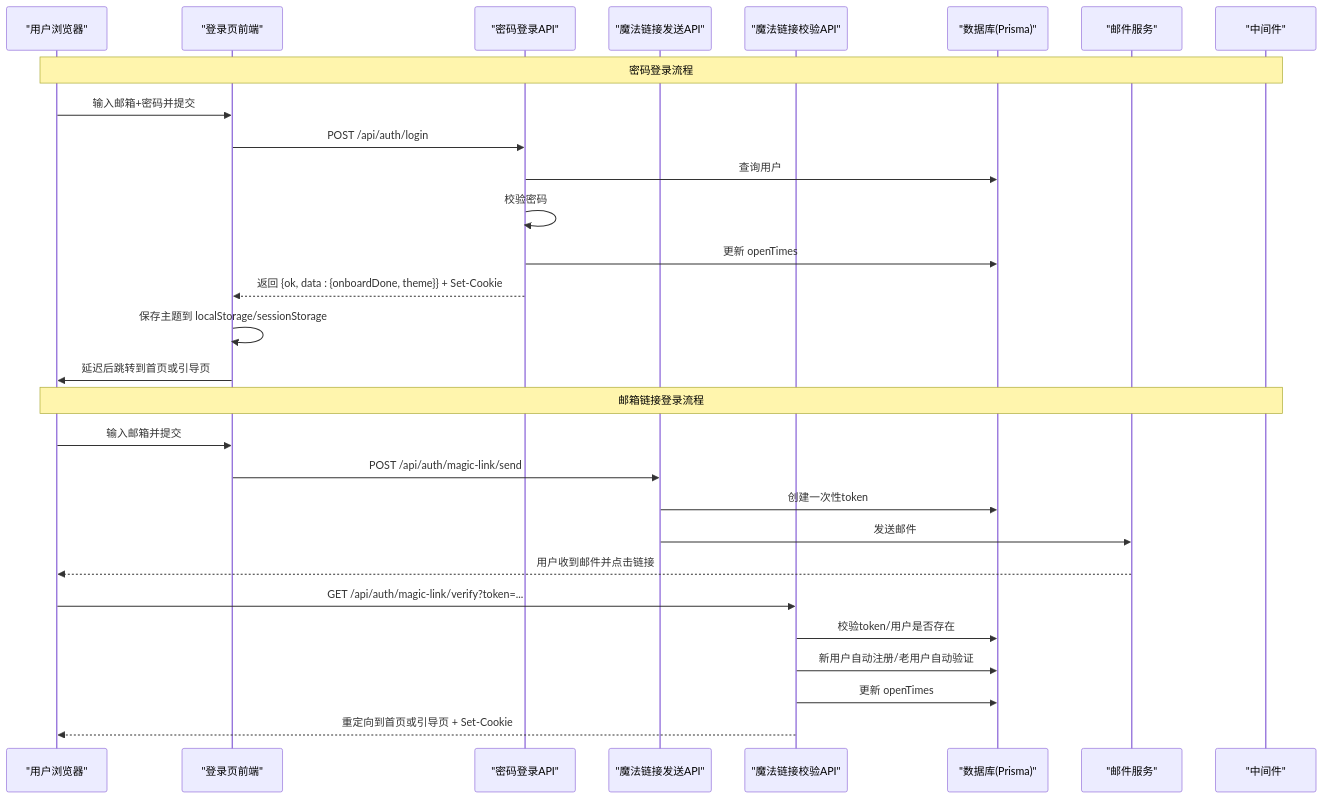
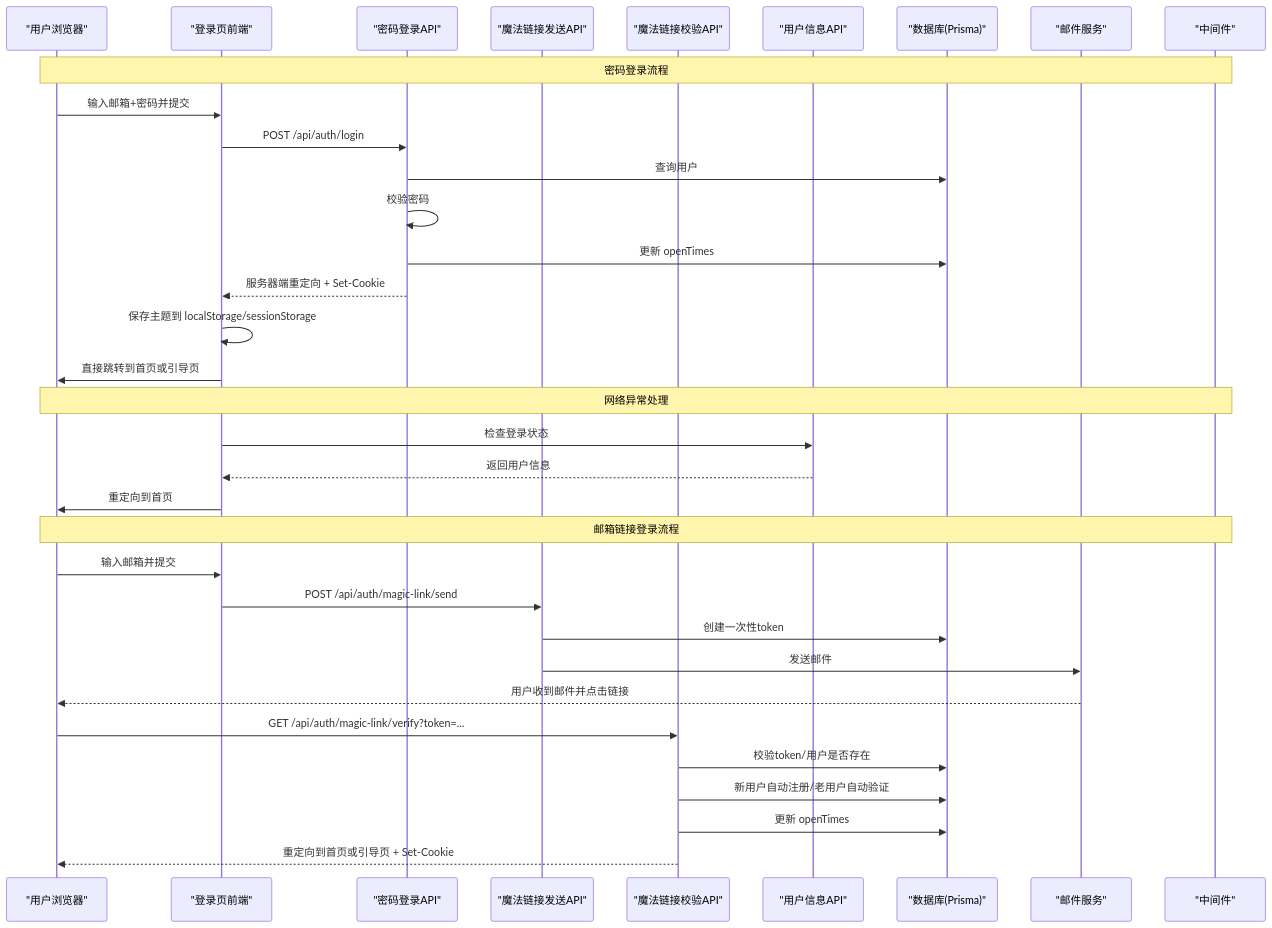
Before and after one commit to kangkang919/xinya: the second of 10 diagrams in .qoder/repowiki/zh/content/用户认证系统/登录页面调试功能.md, drawn with Mermaid. The commit also changed other lines of this file and 37 other files, not shown here.

````diff
--- a/.qoder/repowiki/zh/content/用户认证系统/登录页面调试功能.md
+++ b/.qoder/repowiki/zh/content/用户认证系统/登录页面调试功能.md
@@ -129,31 +148,36 @@
 ```mermaid
 sequenceDiagram
 participant U as "用户浏览器"
 participant F as "登录页前端"
 participant RL as "密码登录API"
 participant MS as "魔法链接发送API"
 participant MV as "魔法链接校验API"
+participant AM as "用户信息API"
 participant DB as "数据库(Prisma)"
 participant Mail as "邮件服务"
 participant MW as "中间件"
 Note over U,MW : 密码登录流程
 U->>F : 输入邮箱+密码并提交
 F->>RL : POST /api/auth/login
 RL->>DB : 查询用户
 RL->>RL : 校验密码
 RL->>DB : 更新 openTimes
-RL-->>F : 返回 {ok, data : {onboardDone, theme}} + Set-Cookie
+RL-->>F : 服务器端重定向 + Set-Cookie
 F->>F : 保存主题到 localStorage/sessionStorage
-F->>U : 延迟后跳转到首页或引导页
+F->>U : 直接跳转到首页或引导页
+Note over U,MW : 网络异常处理
+F->>AM : 检查登录状态
+AM-->>F : 返回用户信息
+F->>U : 重定向到首页
 Note over U,MW : 邮箱链接登录流程
 U->>F : 输入邮箱并提交
 F->>MS : POST /api/auth/magic-link/send
 MS->>DB : 创建一次性token
 MS->>Mail : 发送邮件
 Mail-->>U : 用户收到邮件并点击链接
 U->>MV : GET /api/auth/magic-link/verify?token=...
 MV->>DB : 校验token/用户是否存在
 MV->>DB : 新用户自动注册/老用户自动验证
 MV->>DB : 更新 openTimes
 MV-->>U : 重定向到首页或引导页 + Set-Cookie
 ```
````
